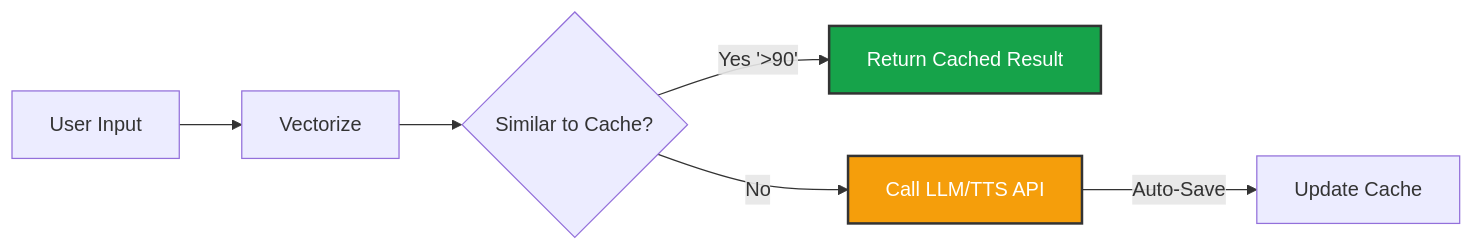
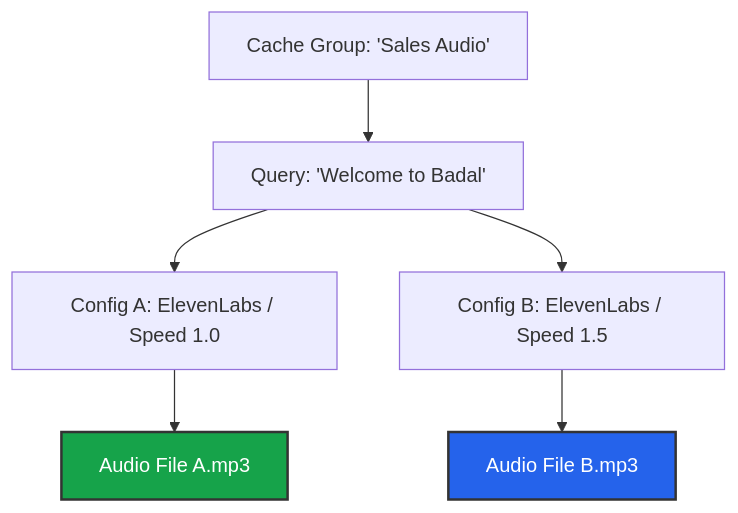
One commit to abdofallah/IqraAI-Docs changed the diagram in content/docs/build/knowledge/cache.mdx. Above: the diagram before and after it, drawn with Mermaid. The commit also changed other lines of this file and 11 other files, not shown here.

````diff
--- a/content/docs/build/knowledge/cache.mdx
+++ b/content/docs/build/knowledge/cache.mdx
@@ -21,11 +17,16 @@
 ```mermaid
-graph LR
-    User[User Input] --> Embed[Vectorize]
-    Embed --> Check{Similar to Cache?}
-    Check -->|Yes '&gt;90'| Hit[Return Cached Result]
-    Check -->|No| Miss[Call LLM/TTS API]
-    Miss -->|Auto-Save| Store[Update Cache]
+graph TD
+    Group[Cache Group: 'Sales Audio']
+    Query[Query: 'Welcome to Badal']
     
-    style Hit fill:#16a34a,stroke:#333,stroke-width:2px,color:#fff
-    style Miss fill:#f59e0b,stroke:#333,stroke-width:2px,color:#fff
+    Group --> Query
+    
+    Query --> ConfigA[Config A: ElevenLabs / Speed 1.0]
+    Query --> ConfigB[Config B: ElevenLabs / Speed 1.5]
+    
+    ConfigA --> FileA[Audio File A.mp3]
+    ConfigB --> FileB[Audio File B.mp3]
+    
+    style FileA fill:#16a34a,stroke:#333,stroke-width:2px,color:#fff
+    style FileB fill:#2563eb,stroke:#333,stroke-width:2px,color:#fff
 ```
````
